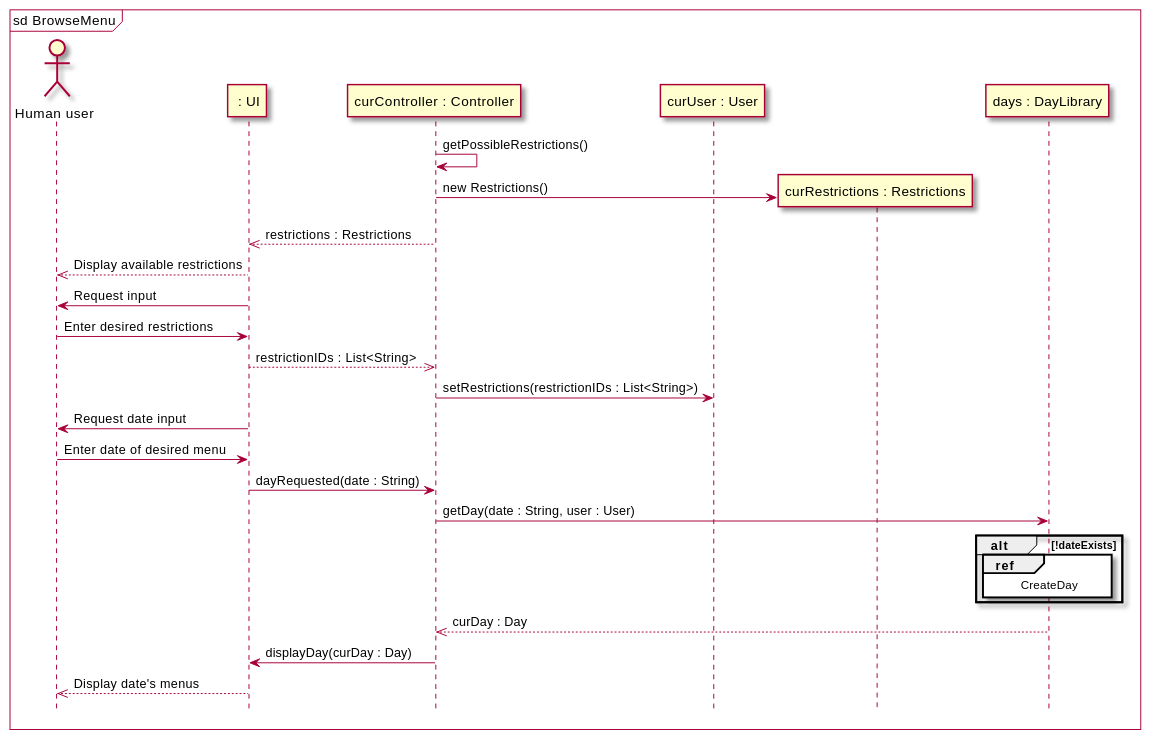
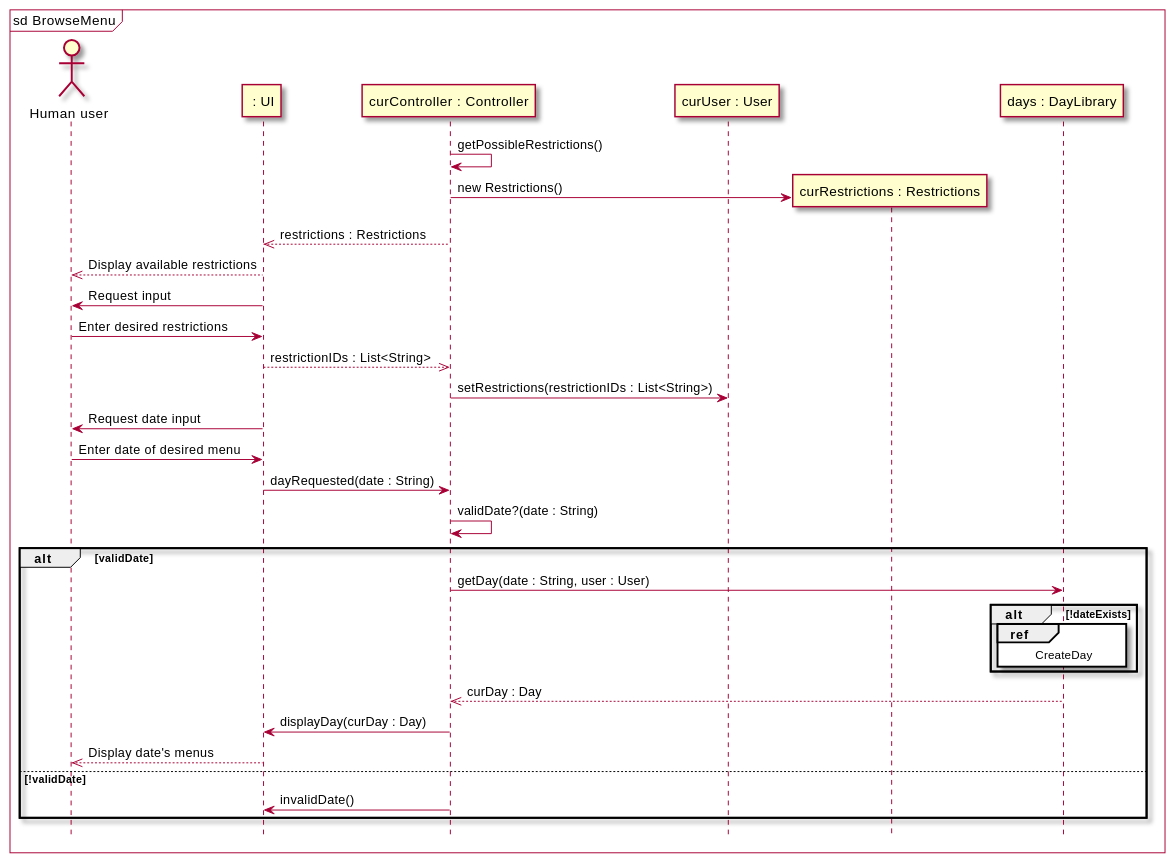
Before and after one commit to sashap100/Vassar-Dining-App: the second of 4 diagrams in intellij/doc/design.md, drawn with PlantUML.

Commit message:
Updated browse menu sequence diagram

````diff
--- a/intellij/doc/design.md
+++ b/intellij/doc/design.md
@@ -111,38 +111,43 @@
 ```plantuml
 
 @startuml
 skin rose
 hide footbox
 mainframe sd BrowseMenu
 
 actor "Human user" as human
 participant " : UI" as ui
 participant "curController : Controller" as controller
 participant "curUser : User" as user
 participant "curRestrictions : Restrictions" as restriction
 participant "days : DayLibrary" as days
 
 'maybe in navigate when app first opened
 controller -> controller : getPossibleRestrictions()
 controller -> restriction **: new Restrictions()
 controller -->> ui : restrictions : Restrictions
 
 ui -->> human : Display available restrictions
 ui -> human : Request input
 human -> ui : Enter desired restrictions
 ui -->> controller : restrictionIDs : List<String>
 controller -> user : setRestrictions(restrictionIDs : List<String>)
 ui -> human : Request date input
 human -> ui : Enter date of desired menu
 ui -> controller : dayRequested(date : String)
-controller -> days : getDay(date : String, user : User)
-alt !dateExists
-    ref over days
-    CreateDay
-    end ref
+controller -> controller : validDate?(date : String)
+alt validDate
+    controller -> days : getDay(date : String, user : User)
+    alt !dateExists
+        ref over days
+        CreateDay
+        end ref
+    end
+    days -->> controller : curDay : Day
+    controller -> ui : displayDay(curDay : Day)
+    ui -->> human : Display date's menus
+else !validDate
+    controller -> ui : invalidDate()
 end
-days -->> controller : curDay : Day
-controller -> ui : displayDay(curDay : Day)
-ui -->> human : Display date's menus
 @enduml
 ```
````
